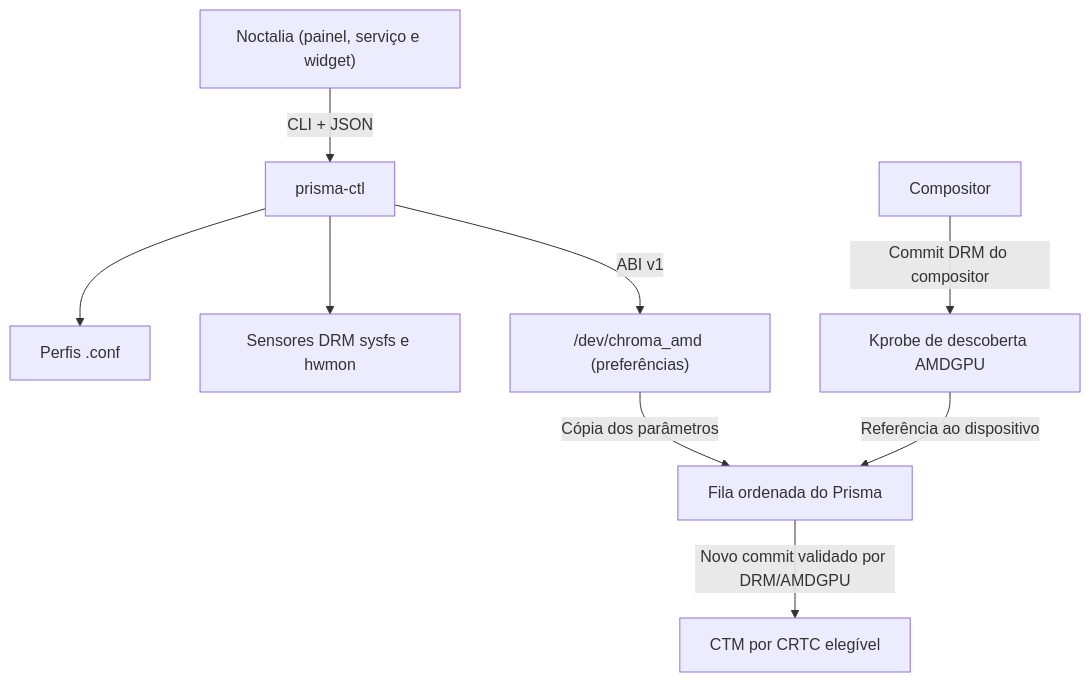
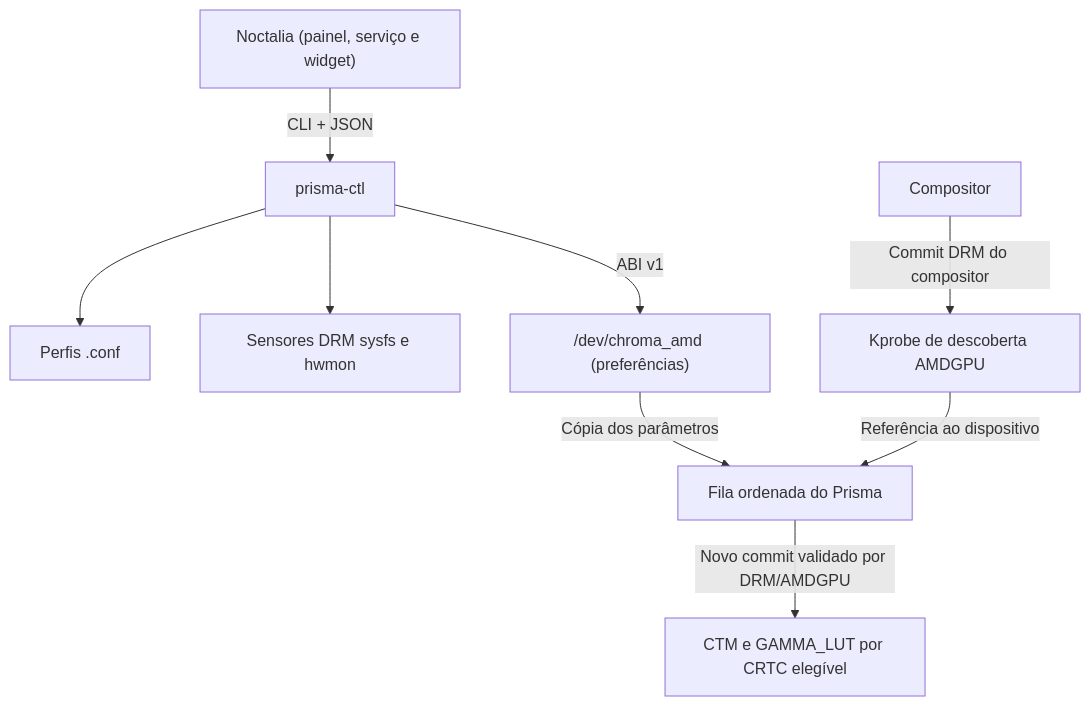
The diagram in ARCHITECTURE.md (deyvideguilherme/prism-amd), drawn with Mermaid before and after one commit. The commit also changed other lines of this file and 8 other files, not shown here.

Commit message:
feat(kernel): separate color pipeline into CTM and GAMMA_LUT

````diff
--- a/ARCHITECTURE.md
+++ b/ARCHITECTURE.md
@@ -11,11 +11,11 @@
 ```mermaid
 flowchart TD
     Noctalia["Noctalia (painel, serviço e widget)"] -->|"CLI + JSON"| CLI["prisma-ctl"]
     CLI --> Profiles["Perfis .conf"]
     CLI --> Sensors["Sensores DRM sysfs e hwmon"]
     CLI -->|"ABI v1"| Config["/dev/chroma_amd (preferências)"]
     Compositor -->|"Commit DRM do compositor"| Observer["Kprobe de descoberta AMDGPU"]
     Observer -->|"Referência ao dispositivo"| Worker["Fila ordenada do Prisma"]
     Config -->|"Cópia dos parâmetros"| Worker
-    Worker -->|"Novo commit validado por DRM/AMDGPU"| CRTC["CTM por CRTC elegível"]
+    Worker -->|"Novo commit validado por DRM/AMDGPU"| CRTC["CTM e GAMMA_LUT por CRTC elegível"]
 ```
````
